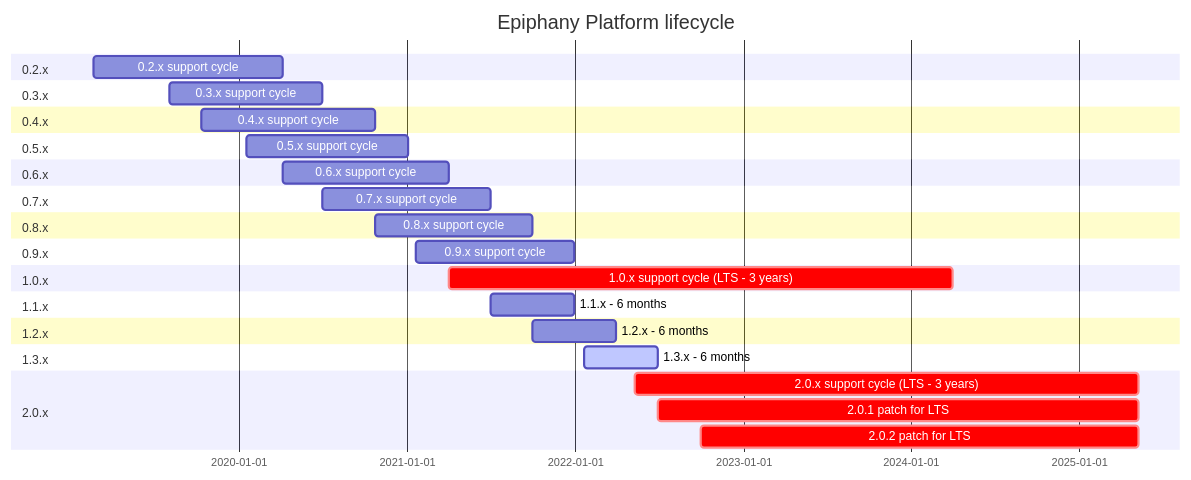
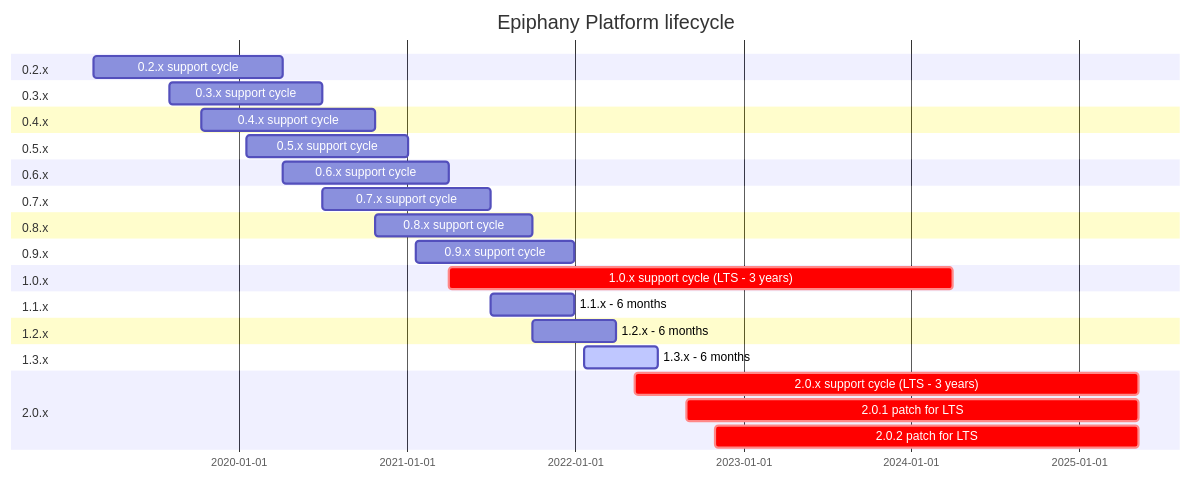
Before and after one commit to hitachienergy/epiphany: the diagram in docs/home/LIFECYCLE.md, drawn with Mermaid. The commit also changed other lines of this file, not shown here.

Commit message:
Update LIFECYCLE.md (#3235)
* Update LIFECYCLE.md

````diff
--- a/docs/home/LIFECYCLE.md
+++ b/docs/home/LIFECYCLE.md
@@ -40,33 +40,33 @@
 ```mermaid
 gantt
 title Epiphany Platform lifecycle
 dateFormat  YYYY-MM-DD
 section 0.2.x
 0.2.x support cycle     :a, 2019-02-19, 2020-04-06
 section 0.3.x
 0.3.x support cycle     :a, 2019-08-02, 2020-07-01
 section 0.4.x
 0.4.x support cycle     :a, 2019-10-11, 2020-10-22
 section 0.5.x
 0.5.x support cycle     :a, 2020-01-17, 2021-01-02
 section 0.6.x
 0.6.x support cycle     :a, 2020-04-06, 2021-04-01
 section 0.7.x
 0.7.x support cycle     :a, 2020-07-01, 2021-06-30
 section 0.8.x
 0.8.x support cycle     :a, 2020-10-22, 2021-09-30
 section 0.9.x
 0.9.x support cycle      :a, 2021-01-19, 2021-12-30
 section 1.0.x
 1.0.x support cycle (LTS - 3 years)    :crit, 2021-04-01, 2024-04-01
 section 1.1.x
 1.1.x - 6 months     :a, 2021-06-30, 2021-12-30
 section 1.2.x
 1.2.x - 6 months     :a, 2021-09-30, 2022-03-30
 section 1.3.x
 1.3.x - 6 months     :active, 2022-01-19, 2022-06-30
 section 2.0.x
 2.0.x support cycle (LTS - 3 years)     :crit, 2022-05-09, 2025-05-09
-2.0.1 patch for LTS     :crit, 2022-06-30, 2025-05-09
-2.0.2 patch for LTS     :crit, 2022-09-30, 2025-05-09
+2.0.1 patch for LTS     :crit, 2022-08-31, 2025-05-09
+2.0.2 patch for LTS     :crit, 2022-10-31, 2025-05-09
 ```
````
